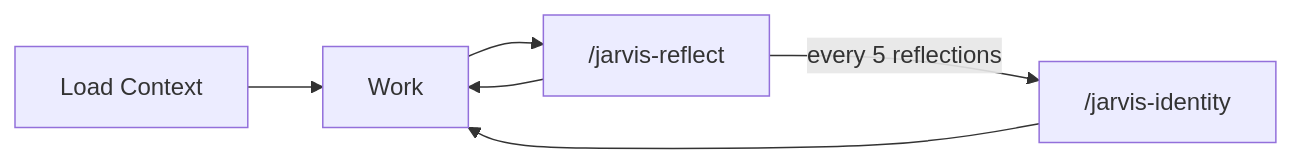
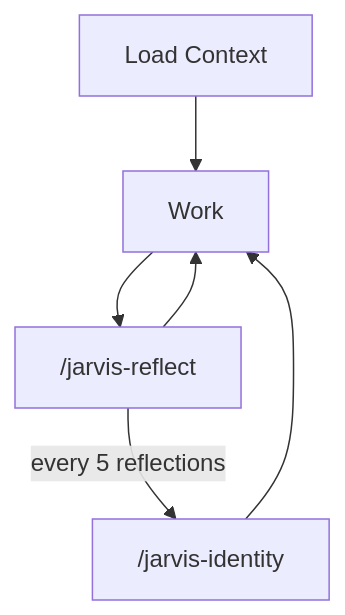
One commit to epicrunze/JaRVIS changed the diagram in README.md. Above: the diagram before and after it, drawn with Mermaid.

Commit message:
updated mermaid

````diff
--- a/README.md
+++ b/README.md
@@ -121,8 +121,8 @@
 ```mermaid
-flowchart LR
+flowchart TD
     A[Load Context] --> B[Work]
     B --> C["/jarvis-reflect"]
     C --> B
     C -->|every 5 reflections| D["/jarvis-identity"]
     D --> B
 ```
````
